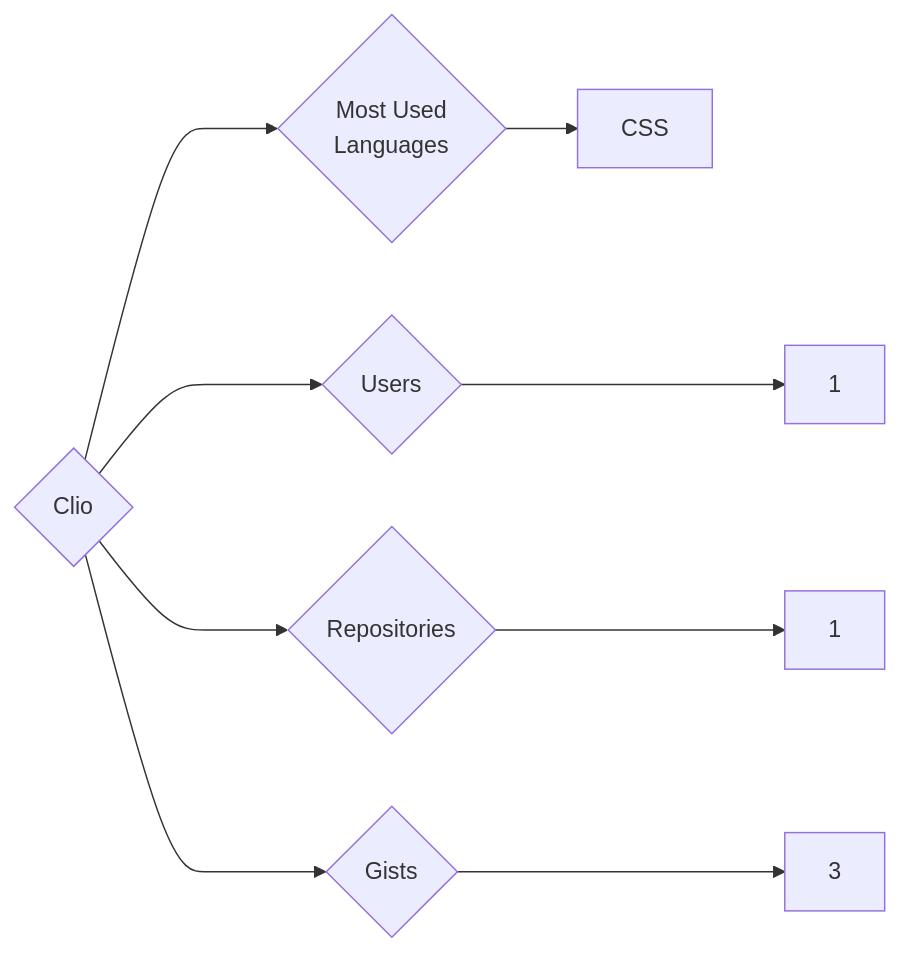
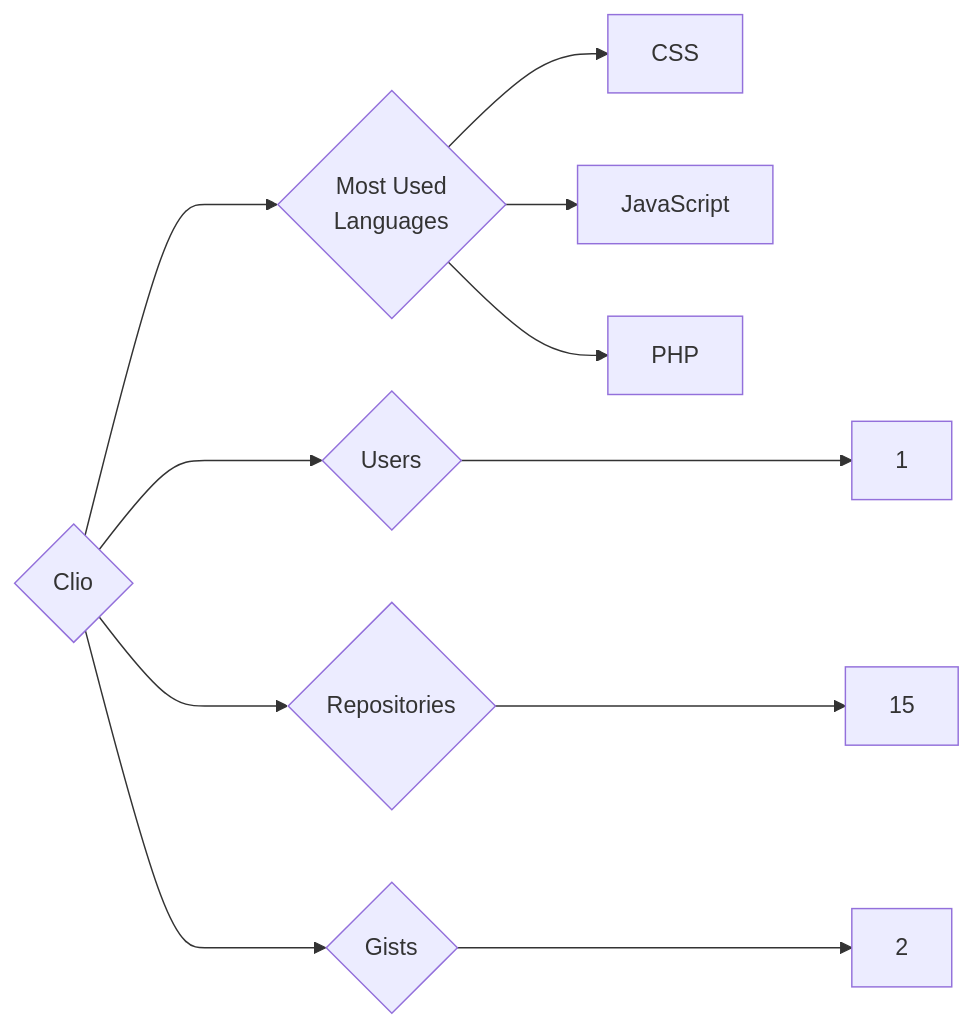
One commit to trickest/insiders changed the diagram in targets/Clio/README.md. Above: the diagram before and after it, drawn with Mermaid. The commit also changed 1089 other files, not shown here.

````diff
--- a/targets/Clio/README.md
+++ b/targets/Clio/README.md
@@ -3,9 +3,11 @@
 ```mermaid
 graph LR
 COMPANY_NAME{Clio}
 COMPANY_NAME ---> U{Users} ---> UN[1]
-COMPANY_NAME ---> R{Repositories} ---> RN[1]
-COMPANY_NAME ---> G{Gists} ---> GN[3]
+COMPANY_NAME ---> R{Repositories} ---> RN[15]
+COMPANY_NAME ---> G{Gists} ---> GN[2]
 COMPANY_NAME ---> ML{Most Used<br>Languages}
 ML --> CSS[CSS]
+ML --> JavaScript[JavaScript]
+ML --> PHP[PHP]
 ```
````
